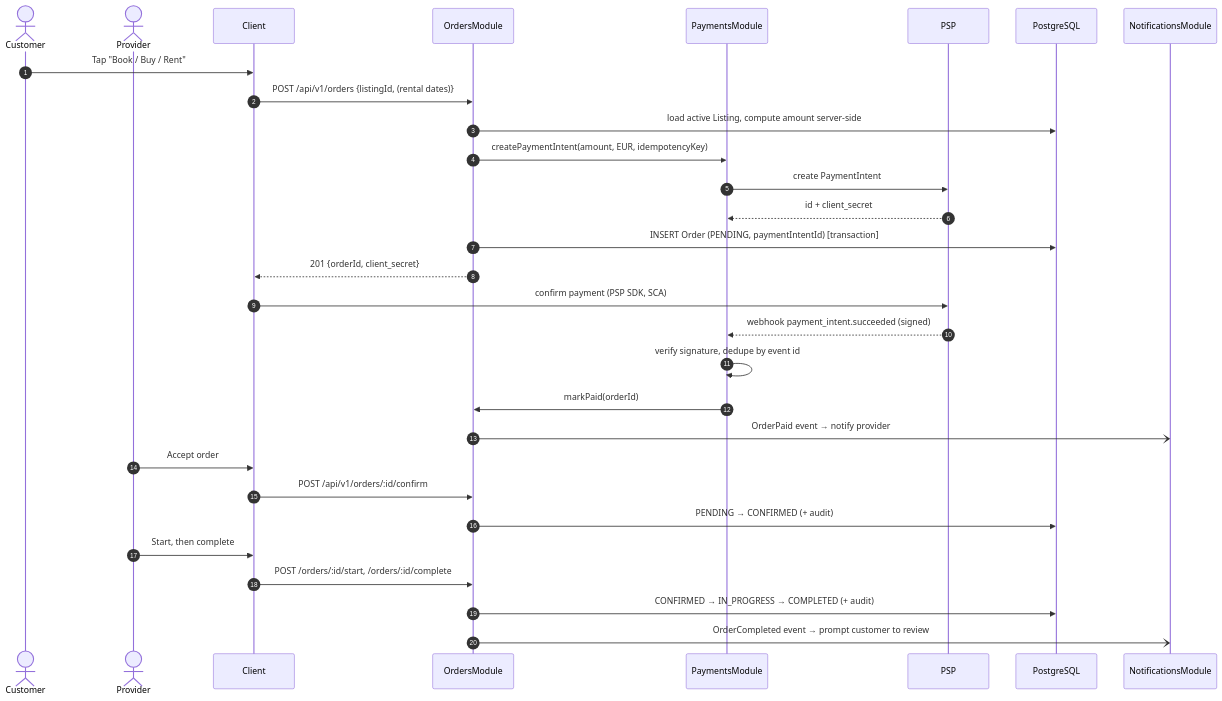
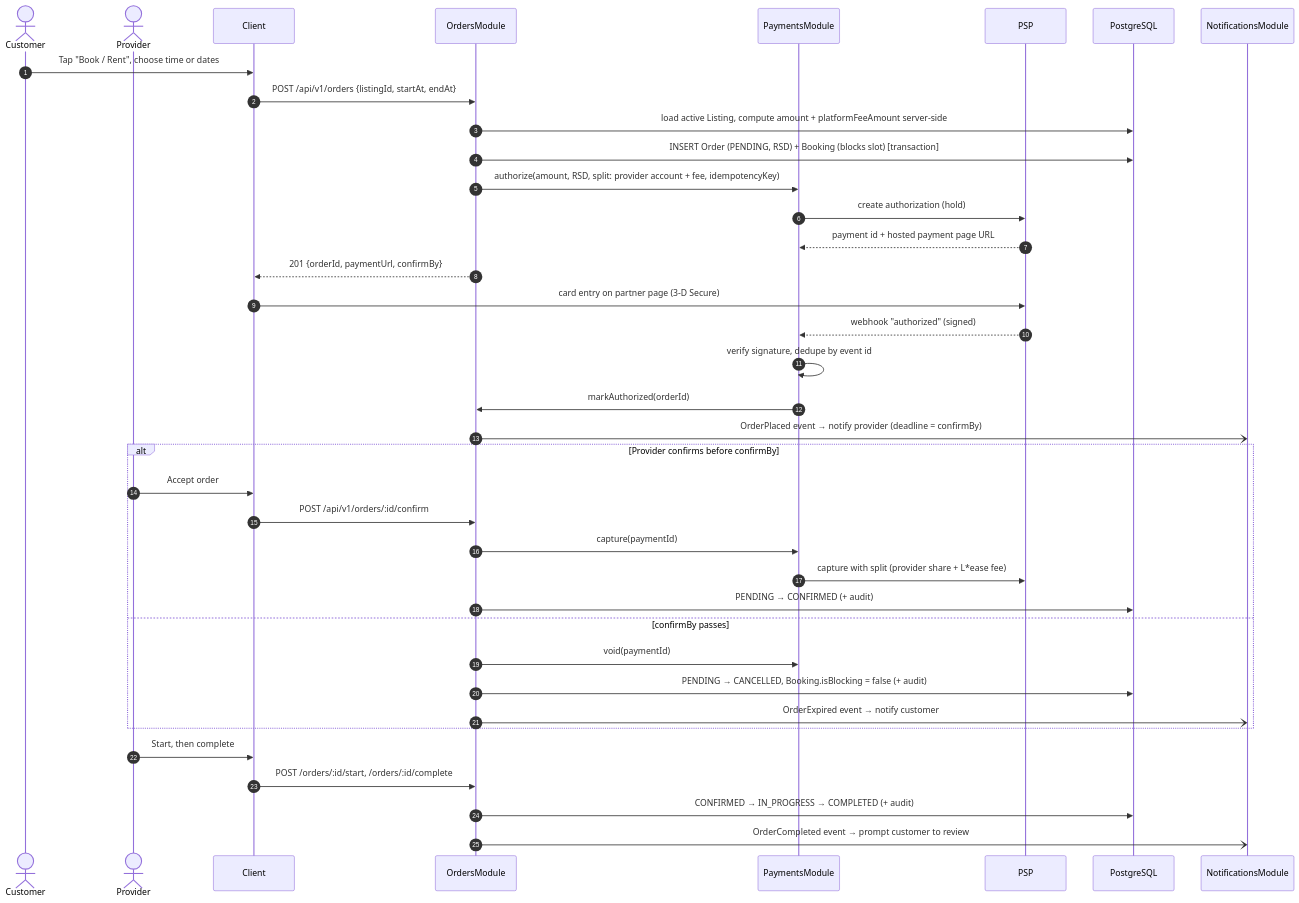
The sixth of 8 diagrams in docs/03-high-level-architecture.md (asrdjan/lease-platform), drawn with Mermaid before and after one commit. The commit also changed other lines of this file and 3 other files, not shown here.

Commit message:
docs: record pilot product decisions (D-01..D-09) and align requirements and architecture

````diff
--- a/docs/03-high-level-architecture.md
+++ b/docs/03-high-level-architecture.md
@@ -217,33 +221,41 @@
 ```mermaid
 sequenceDiagram
     autonumber
     actor Cu as Customer
     actor Pr as Provider
     participant C as Client
     participant O as OrdersModule
     participant Pay as PaymentsModule
     participant PSP as PSP
     participant DB as PostgreSQL
     participant N as NotificationsModule
 
-    Cu->>C: Tap "Book / Buy / Rent"
-    C->>O: POST /api/v1/orders {listingId, (rental dates)}
-    O->>DB: load active Listing, compute amount server-side
-    O->>Pay: createPaymentIntent(amount, EUR, idempotencyKey)
-    Pay->>PSP: create PaymentIntent
-    PSP-->>Pay: id + client_secret
-    O->>DB: INSERT Order (PENDING, paymentIntentId) [transaction]
-    O-->>C: 201 {orderId, client_secret}
-    C->>PSP: confirm payment (PSP SDK, SCA)
-    PSP-->>Pay: webhook payment_intent.succeeded (signed)
+    Cu->>C: Tap "Book / Rent", choose time or dates
+    C->>O: POST /api/v1/orders {listingId, startAt, endAt}
+    O->>DB: load active Listing, compute amount + platformFeeAmount server-side
+    O->>DB: INSERT Order (PENDING, RSD) + Booking (blocks slot) [transaction]
+    O->>Pay: authorize(amount, RSD, split: provider account + fee, idempotencyKey)
+    Pay->>PSP: create authorization (hold)
+    PSP-->>Pay: payment id + hosted payment page URL
+    O-->>C: 201 {orderId, paymentUrl, confirmBy}
+    C->>PSP: card entry on partner page (3-D Secure)
+    PSP-->>Pay: webhook "authorized" (signed)
     Pay->>Pay: verify signature, dedupe by event id
-    Pay->>O: markPaid(orderId)
-    O-)N: OrderPaid event → notify provider
-    Pr->>C: Accept order
-    C->>O: POST /api/v1/orders/:id/confirm
-    O->>DB: PENDING → CONFIRMED (+ audit)
+    Pay->>O: markAuthorized(orderId)
+    O-)N: OrderPlaced event → notify provider (deadline = confirmBy)
+    alt Provider confirms before confirmBy
+        Pr->>C: Accept order
+        C->>O: POST /api/v1/orders/:id/confirm
+        O->>Pay: capture(paymentId)
+        Pay->>PSP: capture with split (provider share + L*ease fee)
+        O->>DB: PENDING → CONFIRMED (+ audit)
+    else confirmBy passes
+        O->>Pay: void(paymentId)
+        O->>DB: PENDING → CANCELLED, Booking.isBlocking = false (+ audit)
+        O-)N: OrderExpired event → notify customer
+    end
     Pr->>C: Start, then complete
     C->>O: POST /orders/:id/start, /orders/:id/complete
     O->>DB: CONFIRMED → IN_PROGRESS → COMPLETED (+ audit)
     O-)N: OrderCompleted event → prompt customer to review
 ```
````
